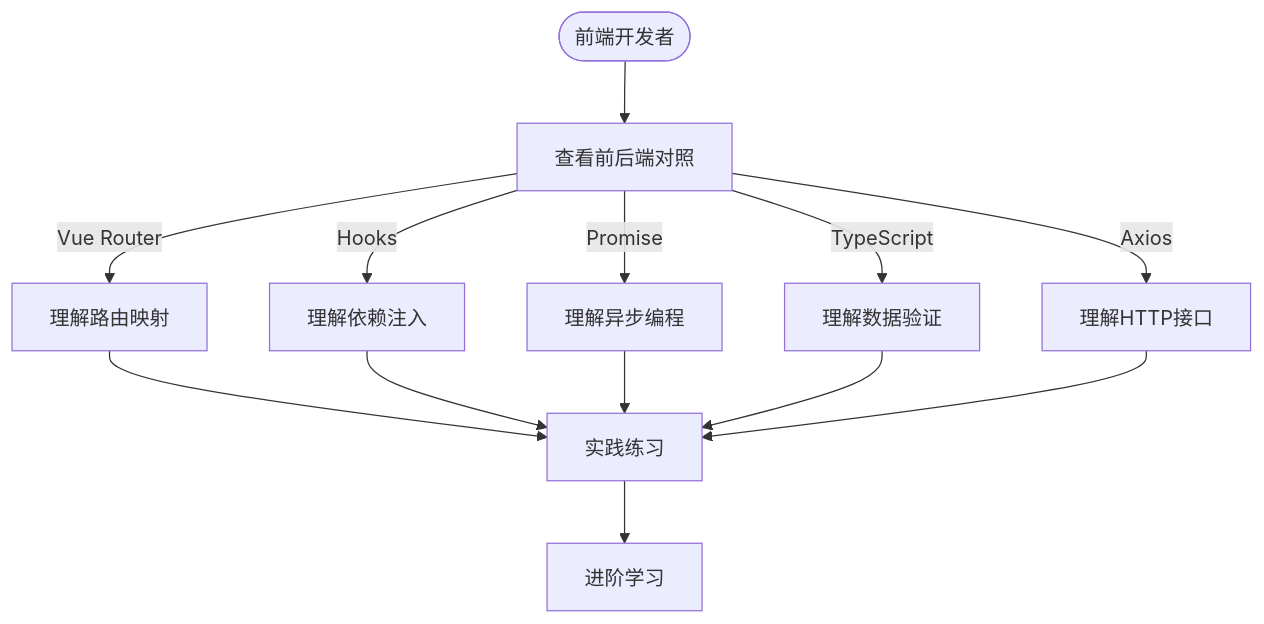
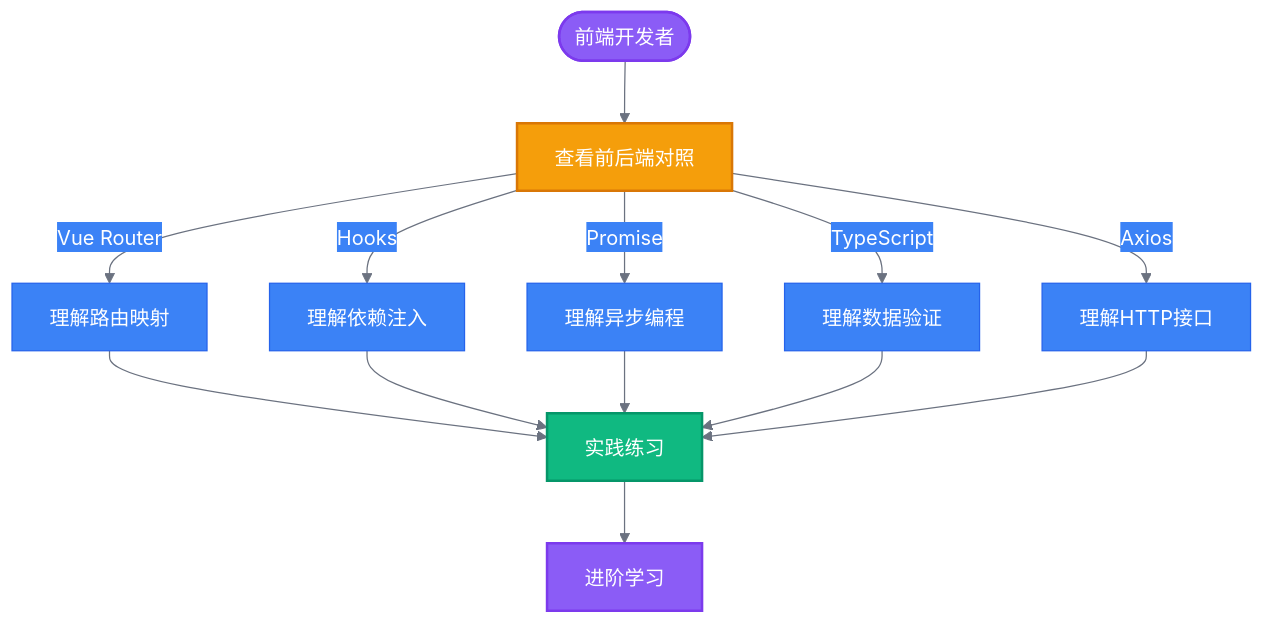
The fourth of 4 diagrams in ruoyi-fastapi-backend/docs/learning/06-后端知识地图/01-学习路径规划.md (hata33/ruoyi-fastapi-full-stack), drawn with Mermaid before and after one commit. The commit also changed other lines of this file and 9 other files, not shown here.

````diff
--- a/ruoyi-fastapi-backend/docs/learning/06-后端知识地图/01-学习路径规划.md
+++ b/ruoyi-fastapi-backend/docs/learning/06-后端知识地图/01-学习路径规划.md
@@ -128,15 +172,32 @@
 ```mermaid
+%%{init: {'theme': 'base', 'themeVariables': {
+  'primaryColor': '#8B5CF6',
+  'primaryTextColor': '#fff',
+  'primaryBorderColor': '#7C3AED',
+  'lineColor': '#6B7280',
+  'secondaryColor': '#3B82F6'
+}}}%%
 flowchart TB
     Start([前端开发者]) --> Compare[查看前后端对照]
     Compare -->|Vue Router| Router[理解路由映射]
     Compare -->|Hooks| Depend[理解依赖注入]
     Compare -->|Promise| Async[理解异步编程]
     Compare -->|TypeScript| Pydantic[理解数据验证]
     Compare -->|Axios| HTTP[理解HTTP接口]
     Router --> Practice[实践练习]
     Depend --> Practice
     Async --> Practice
     Pydantic --> Practice
     HTTP --> Practice
     Practice --> Advance[进阶学习]
+
+    classDef startEnd fill:#8B5CF6,stroke:#7C3AED,color:#fff,stroke-width:2px
+    classDef center fill:#F59E0B,stroke:#D97706,color:#fff,stroke-width:2px
+    classDef topic fill:#3B82F6,stroke:#2563EB,color:#fff,stroke-width:1px
+    classDef action fill:#10B981,stroke:#059669,color:#fff,stroke-width:2px
+
+    class Start,Advance startEnd
+    class Compare center
+    class Router,Depend,Async,Pydantic,HTTP topic
+    class Practice action
 ```
````
